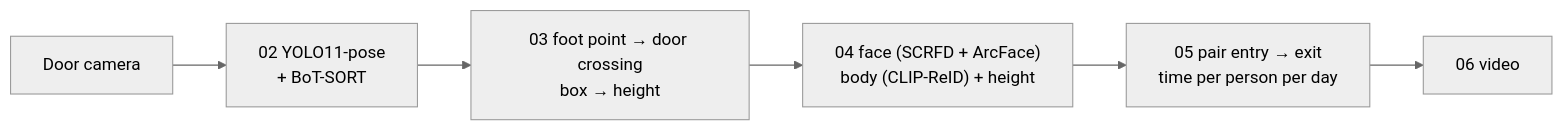
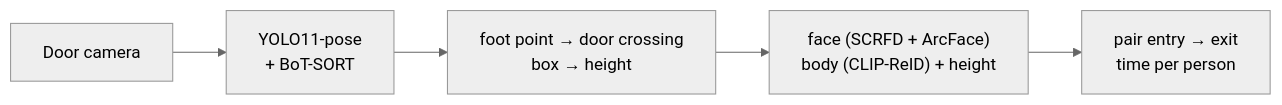
Before and after one commit to escudero/dwellscope: the diagram in README.md, drawn with Mermaid (neutral theme). The commit also changed other lines of this file and 1 other file, not shown here.

````diff
--- a/README.md
+++ b/README.md
@@ -43,8 +33,7 @@
 ```mermaid
 flowchart LR
-    V["Door camera"] --> T["02 YOLO11-pose<br/>+ BoT-SORT"]
-    T --> E["03 foot point → door crossing<br/>box → height"]
-    E --> I["04 face (SCRFD + ArcFace)<br/>body (CLIP-ReID) + height"]
-    I --> R["05 pair entry → exit<br/>time per person per day"]
-    R --> O["06 video"]
+    V["Door camera"] --> T["YOLO11-pose<br/>+ BoT-SORT"]
+    T --> E["foot point → door crossing<br/>box → height"]
+    E --> I["face (SCRFD + ArcFace)<br/>body (CLIP-ReID) + height"]
+    I --> R["pair entry → exit<br/>time per person"]
 ```
````
